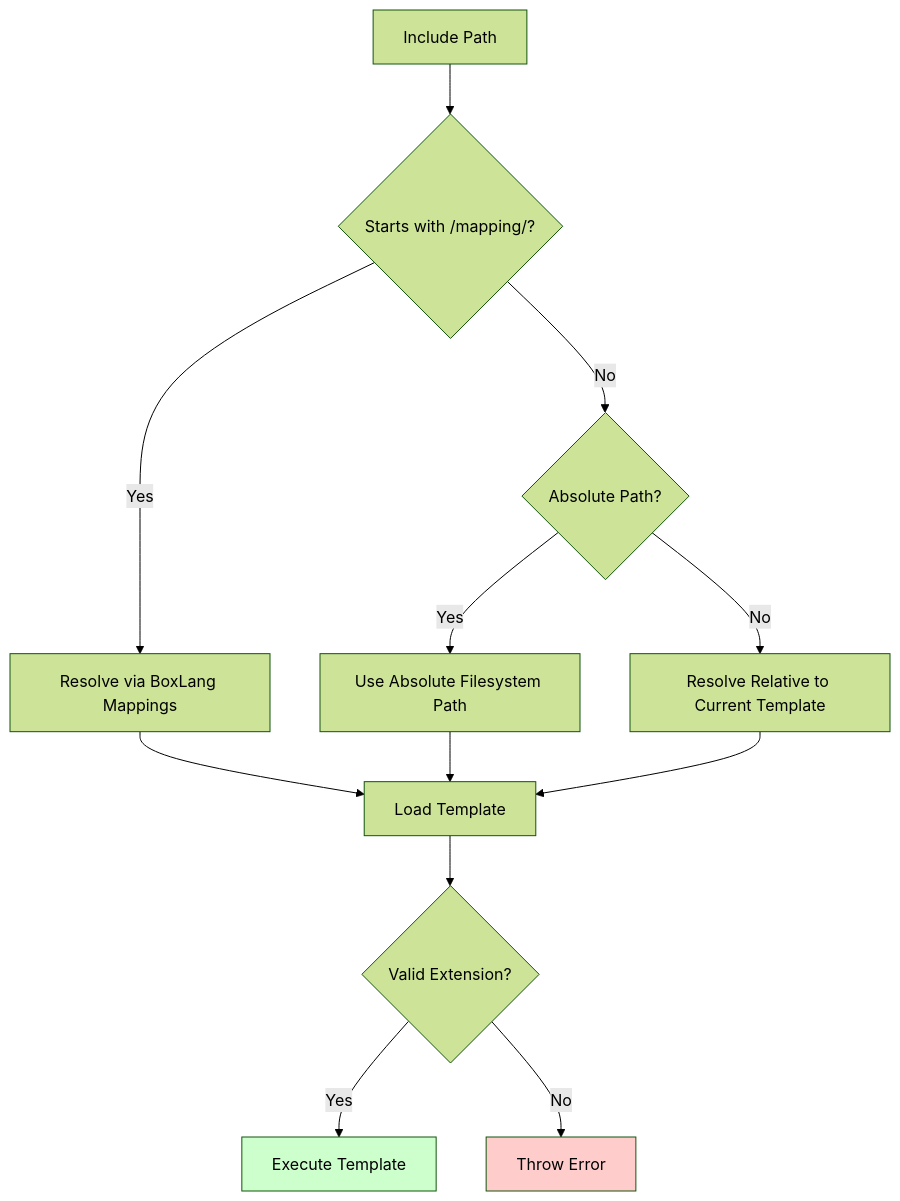
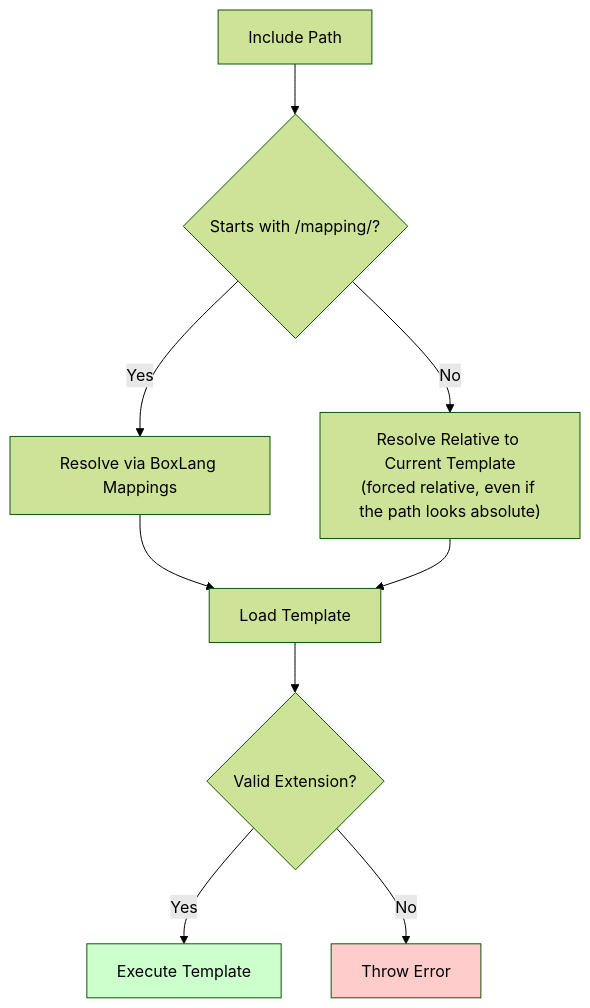
Before and after one commit to ortus-boxlang/boxlang-docs: the second of 2 diagrams in boxlang-language/includes.md, drawn with Mermaid (forest theme). The commit also changed other lines of this file and 9 other files, not shown here.

````diff
--- a/boxlang-language/includes.md
+++ b/boxlang-language/includes.md
@@ -345,18 +347,15 @@
 ```mermaid
 graph TD
     A[Include Path] --> B{Starts with /mapping/?}
     B -->|Yes| C[Resolve via BoxLang Mappings]
-    B -->|No| D{Absolute Path?}
-    D -->|Yes| E[Use Absolute Filesystem Path]
-    D -->|No| F[Resolve Relative to Current Template]
+    B -->|No| F["Resolve Relative to Current Template<br/>(forced relative, even if the path looks absolute)"]
 
     C --> G[Load Template]
-    E --> G
     F --> G
     G --> H{Valid Extension?}
     H -->|Yes| I[Execute Template]
     H -->|No| J[Throw Error]
 
     style I fill:#ccffcc
     style J fill:#ffcccc
 ```
````
